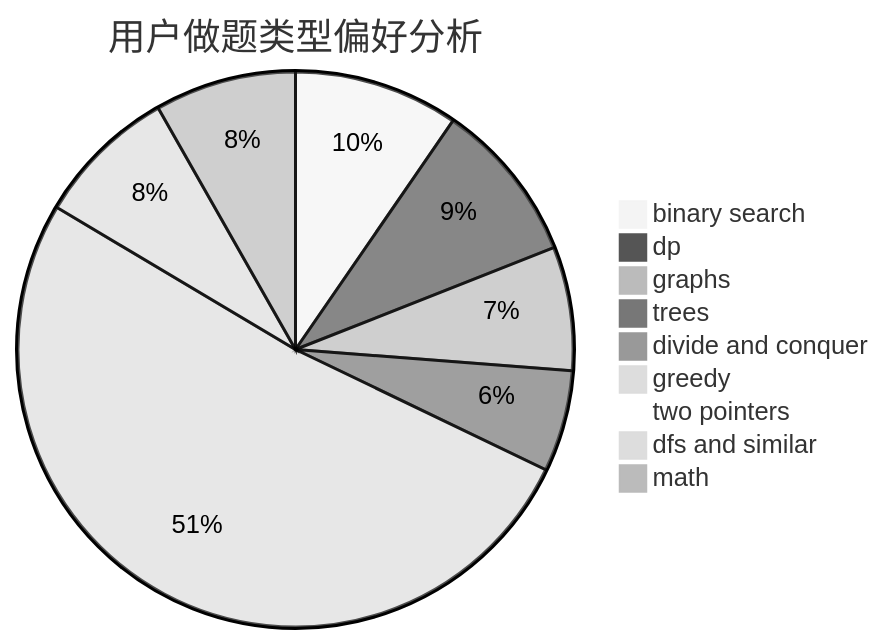
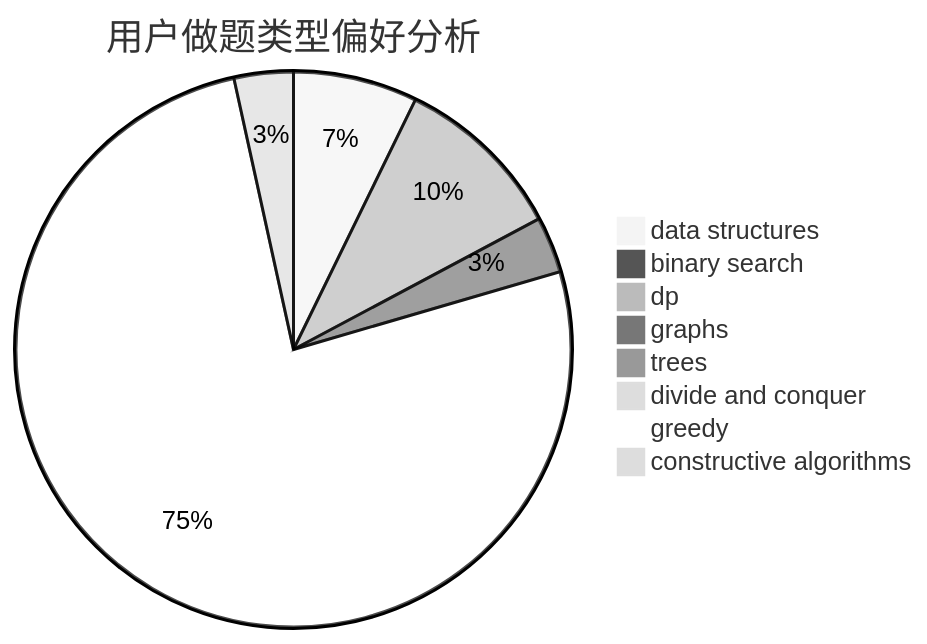
Before and after one commit to sherpahu/cfrs.github.io: the second of 3 diagrams in docs/user/u773.md, drawn with Mermaid (neutral theme). The commit also changed other lines of this file and 2775 other files, not shown here.

````diff
--- a/docs/user/u773.md
+++ b/docs/user/u773.md
@@ -23,12 +23,11 @@
 ```mermaid
 pie title 用户做题类型偏好分析
-    "binary search" :  112
-    "dp" :  110
-    "graphs" :  84
-    "trees" :  69
-    "divide and conquer" :  7
-    "greedy" :  600
-    "two pointers" :  0
-    "dfs and similar" :  96
-    "math" :  96
+    "data structures" :  42
+    "binary search" :  4
+    "dp" :  58
+    "graphs" :  19
+    "trees" :  3
+    "divide and conquer" :  0
+    "greedy" :  442
+    "constructive algorithms" :  20
 ```
````
